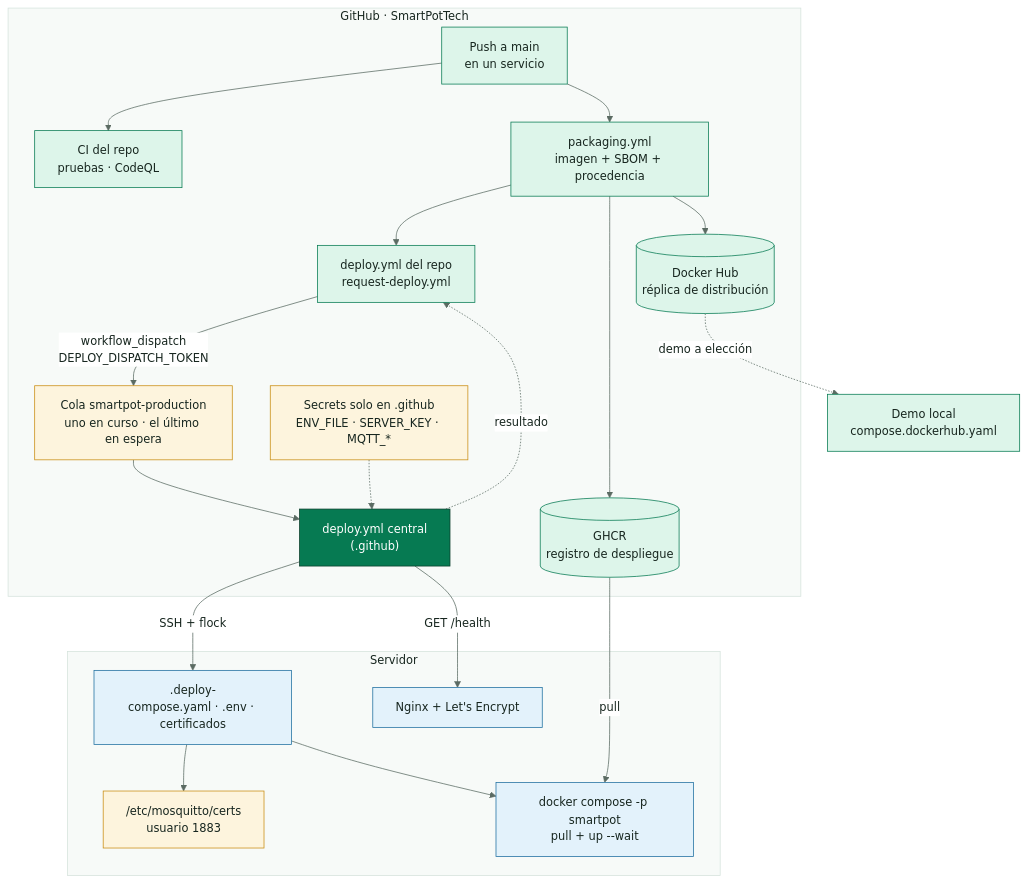
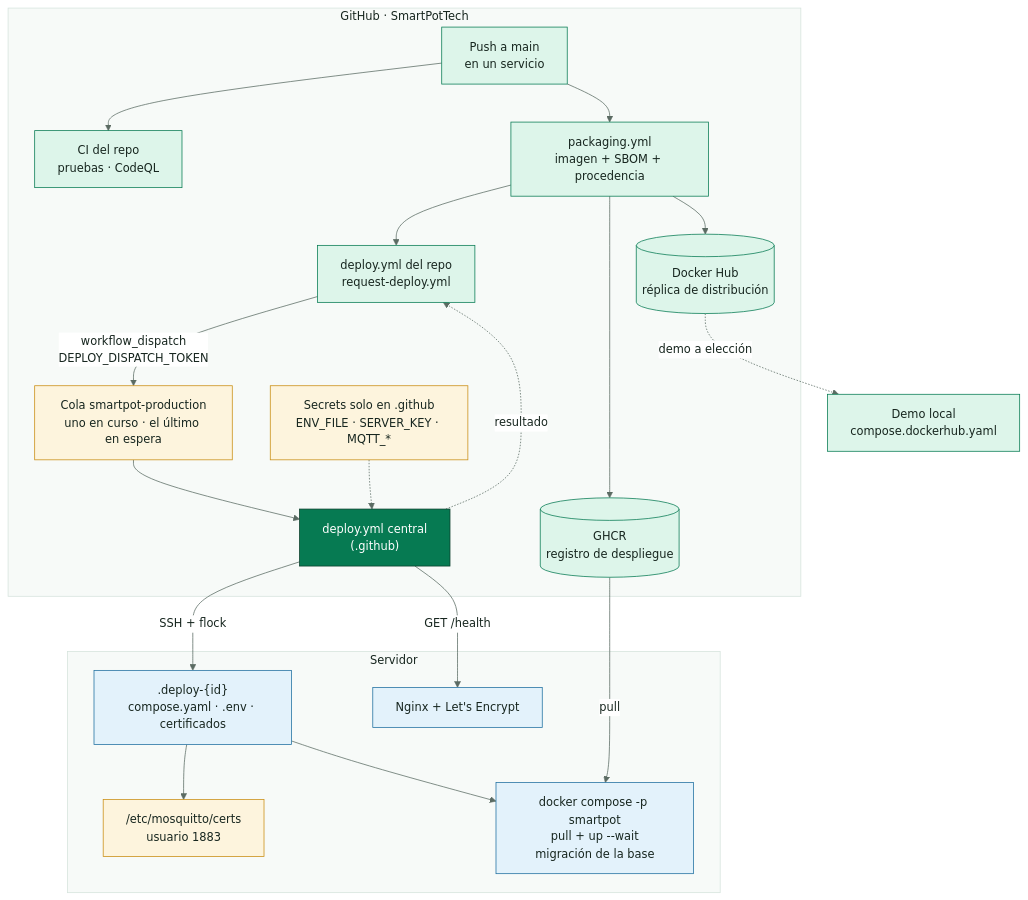
Before and after one commit to SmartPotTech/.github: the diagram in docs/diagrams/SmartPot_06_Deployment.mmd, drawn with Mermaid. The commit also changed 1 other file, not shown here.

Commit message:
Show database migration in deployment diagram

```diff
--- a/docs/diagrams/SmartPot_06_Deployment.mmd
+++ b/docs/diagrams/SmartPot_06_Deployment.mmd
@@ -1,33 +1,33 @@
 %%{init: {"theme": "base", "fontFamily": "Segoe UI, Arial, sans-serif", "themeVariables": {"fontFamily": "Segoe UI, Arial, sans-serif", "fontSize": "15px", "primaryColor": "#DDF5EA", "primaryTextColor": "#17261F", "primaryBorderColor": "#067A52", "secondaryColor": "#E3F2FB", "secondaryTextColor": "#17261F", "secondaryBorderColor": "#1F6FA0", "tertiaryColor": "#F2F7F4", "tertiaryTextColor": "#17261F", "tertiaryBorderColor": "#D5E3DC", "lineColor": "#5B6B63", "textColor": "#17261F", "mainBkg": "#DDF5EA", "nodeBorder": "#067A52", "clusterBkg": "#F7FAF8", "clusterBorder": "#D5E3DC", "edgeLabelBackground": "#FFFFFF", "actorBkg": "#067A52", "actorBorder": "#0B3D2B", "actorTextColor": "#FFFFFF", "actorLineColor": "#5B6B63", "signalColor": "#17261F", "signalTextColor": "#17261F", "labelBoxBkgColor": "#0B3D2B", "labelBoxBorderColor": "#0B3D2B", "labelTextColor": "#FFFFFF", "loopTextColor": "#0B3D2B", "noteBkgColor": "#FDF4DD", "noteBorderColor": "#C98D12", "noteTextColor": "#17261F", "activationBkgColor": "#DDF5EA", "activationBorderColor": "#067A52", "attributeBackgroundColorOdd": "#FFFFFF", "attributeBackgroundColorEven": "#F2F7F4"}}}%%
 flowchart TB
   subgraph github["GitHub · SmartPotTech"]
     repo["Push a main<br/>en un servicio"] --> ci["CI del repo<br/>pruebas · CodeQL"]
     repo --> pkg["packaging.yml<br/>imagen + SBOM + procedencia"]
     pkg --> ghcr[("GHCR<br/>registro de despliegue")]
     pkg --> hub[("Docker Hub<br/>réplica de distribución")]
     pkg --> dep["deploy.yml del repo<br/>request-deploy.yml"]
     dep -->|"workflow_dispatch<br/>DEPLOY_DISPATCH_TOKEN"| queue["Cola smartpot-production<br/>uno en curso · el último en espera"]
     queue --> central["deploy.yml central<br/>(.github)"]
     central -.->|"resultado"| dep
     secrets["Secrets solo en .github<br/>ENV_FILE · SERVER_KEY · MQTT_*"] -.-> central
   end
   subgraph servidor["Servidor"]
-    stage[".deploy-<id><br/>compose.yaml · .env · certificados"]
+    stage[".deploy-{id}<br/>compose.yaml · .env · certificados"]
     certs["/etc/mosquitto/certs<br/>usuario 1883"]
-    compose["docker compose -p smartpot<br/>pull + up --wait"]
+    compose["docker compose -p smartpot<br/>pull + up --wait<br/>migración de la base"]
     nginx["Nginx + Let's Encrypt"]
   end
   central -->|"SSH + flock"| stage
   stage --> certs
   stage --> compose
   ghcr -->|"pull"| compose
   hub -.->|"demo a elección"| demo["Demo local<br/>compose.dockerhub.yaml"]
   central -->|"GET /health"| nginx
   classDef gh fill:#DDF5EA,stroke:#067A52,color:#17261F
   classDef key fill:#FDF4DD,stroke:#C98D12,color:#17261F
   classDef srv fill:#E3F2FB,stroke:#1F6FA0,color:#17261F
   classDef core fill:#067A52,stroke:#0B3D2B,color:#FFFFFF
   class repo,ci,pkg,dep,demo gh
   class central core
   class secrets,certs,queue key
   class stage,compose,nginx srv
```
